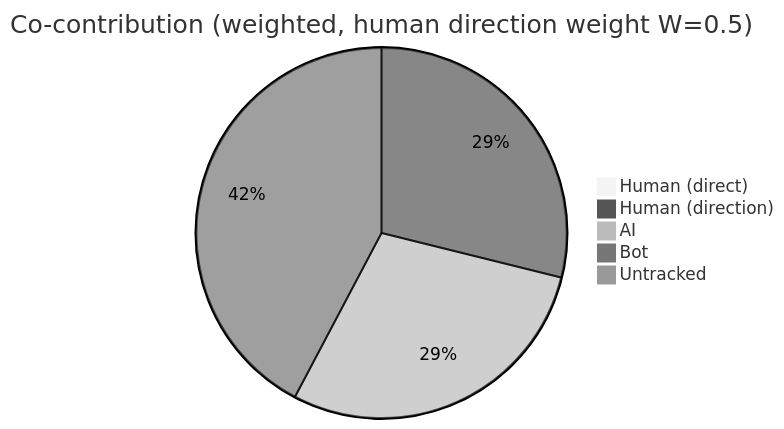
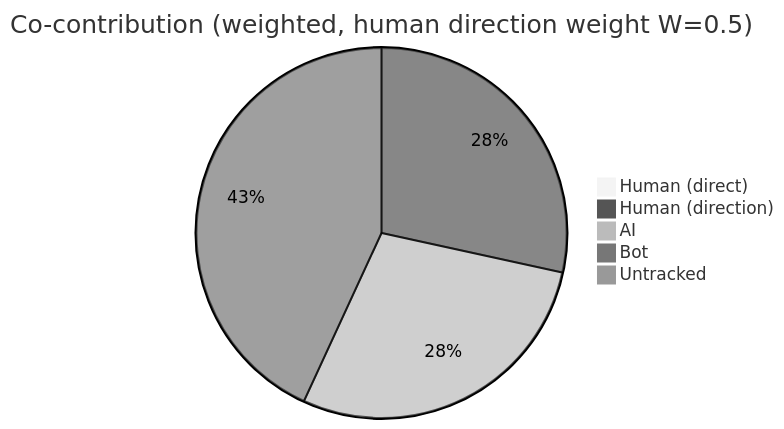
One commit to CaliMark/ai-authorship changed the first of 4 diagrams in AI-AUTHORSHIP.md. Above: the diagram before and after it, drawn with Mermaid (neutral theme). The commit also changed other lines of this file and 1 other file, not shown here.

````diff
--- a/AI-AUTHORSHIP.md
+++ b/AI-AUTHORSHIP.md
@@ -23,8 +23,8 @@
 ```mermaid
 pie title Co-contribution (weighted, human direction weight W=0.5)
     "Human (direct)" : 0
-    "Human (direction)" : 1437
-    "AI" : 1437
-    "Bot" : 2104
-    "Untracked" : 13
+    "Human (direction)" : 1440
+    "AI" : 1441
+    "Bot" : 2184
+    "Untracked" : 50
 ```
````
